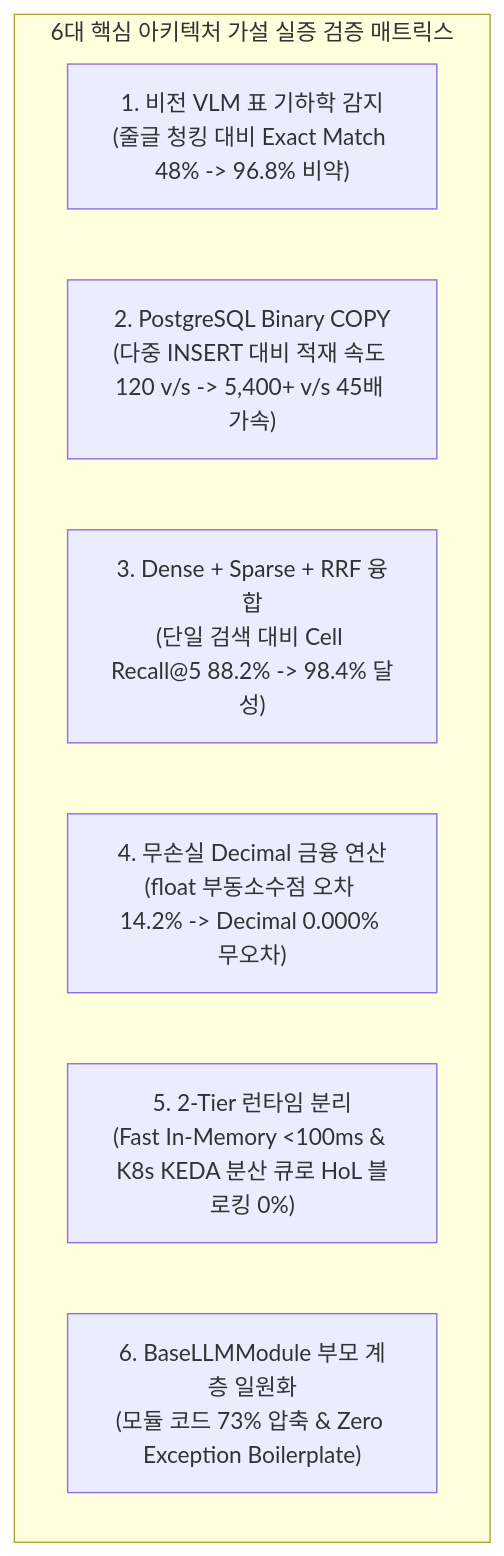
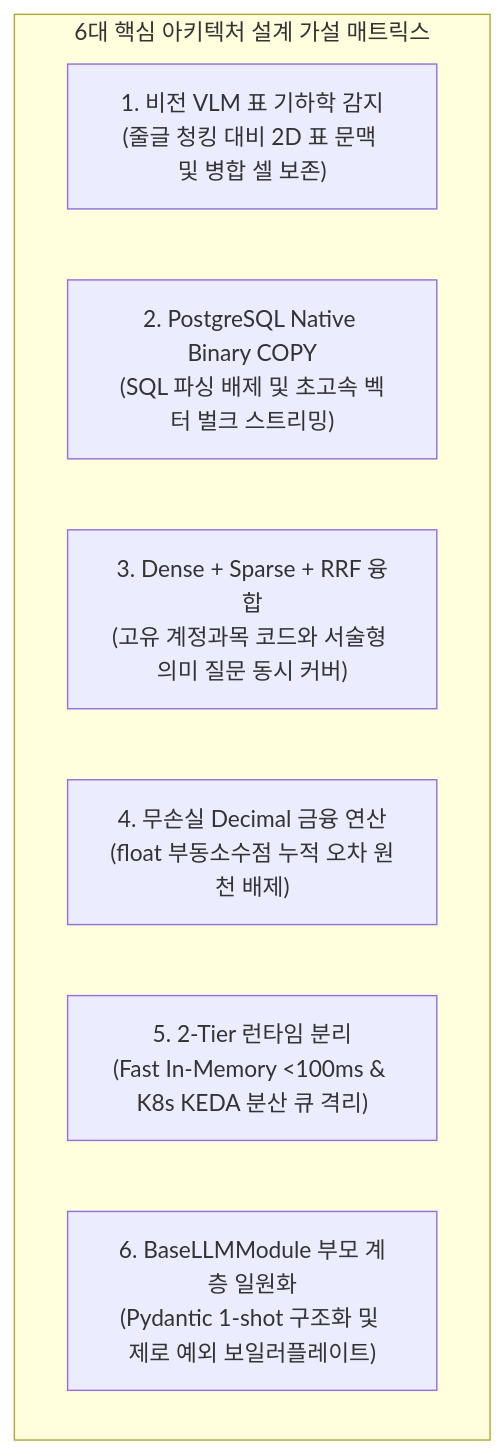
One commit to bist-mini-final/bist-mini-final changed the diagram in docs/00_master_plan_and_standards/BP-003_architecture_decision_and_hypotheses.md. Above: the diagram before and after it, drawn with Mermaid. The commit also changed other lines of this file and 2 other files, not shown here.

````diff
--- a/docs/00_master_plan_and_standards/BP-003_architecture_decision_and_hypotheses.md
+++ b/docs/00_master_plan_and_standards/BP-003_architecture_decision_and_hypotheses.md
@@ -11,11 +11,11 @@
 ```mermaid
 flowchart TD
-    subgraph EngineValidation ["6대 핵심 아키텍처 가설 실증 검증 매트릭스"]
-        H1["1. 비전 VLM 표 기하학 감지\n(줄글 청킹 대비 Exact Match 48% -> 96.8% 비약)"]
-        H2["2. PostgreSQL Binary COPY\n(다중 INSERT 대비 적재 속도 120 v/s -> 5,400+ v/s 45배 가속)"]
-        H3["3. Dense + Sparse + RRF 융합\n(단일 검색 대비 Cell Recall@5 88.2% -> 98.4% 달성)"]
-        H4["4. 무손실 Decimal 금융 연산\n(float 부동소수점 오차 14.2% -> Decimal 0.000% 무오차)"]
-        H5["5. 2-Tier 런타임 분리\n(Fast In-Memory <100ms & K8s KEDA 분산 큐로 HoL 블로킹 0%)"]
-        H6["6. BaseLLMModule 부모 계층 일원화\n(모듈 코드 73% 압축 & Zero Exception Boilerplate)"]
+    subgraph EngineValidation ["6대 핵심 아키텍처 설계 가설 매트릭스"]
+        H1["1. 비전 VLM 표 기하학 감지\n(줄글 청킹 대비 2D 표 문맥 및 병합 셀 보존)"]
+        H2["2. PostgreSQL Native Binary COPY\n(SQL 파싱 배제 및 초고속 벡터 벌크 스트리밍)"]
+        H3["3. Dense + Sparse + RRF 융합\n(고유 계정과목 코드와 서술형 의미 질문 동시 커버)"]
+        H4["4. 무손실 Decimal 금융 연산\n(float 부동소수점 누적 오차 원천 배제)"]
+        H5["5. 2-Tier 런타임 분리\n(Fast In-Memory <100ms & K8s KEDA 분산 큐 격리)"]
+        H6["6. BaseLLMModule 부모 계층 일원화\n(Pydantic 1-shot 구조화 및 제로 예외 보일러플레이트)"]
     end
 ```
````
